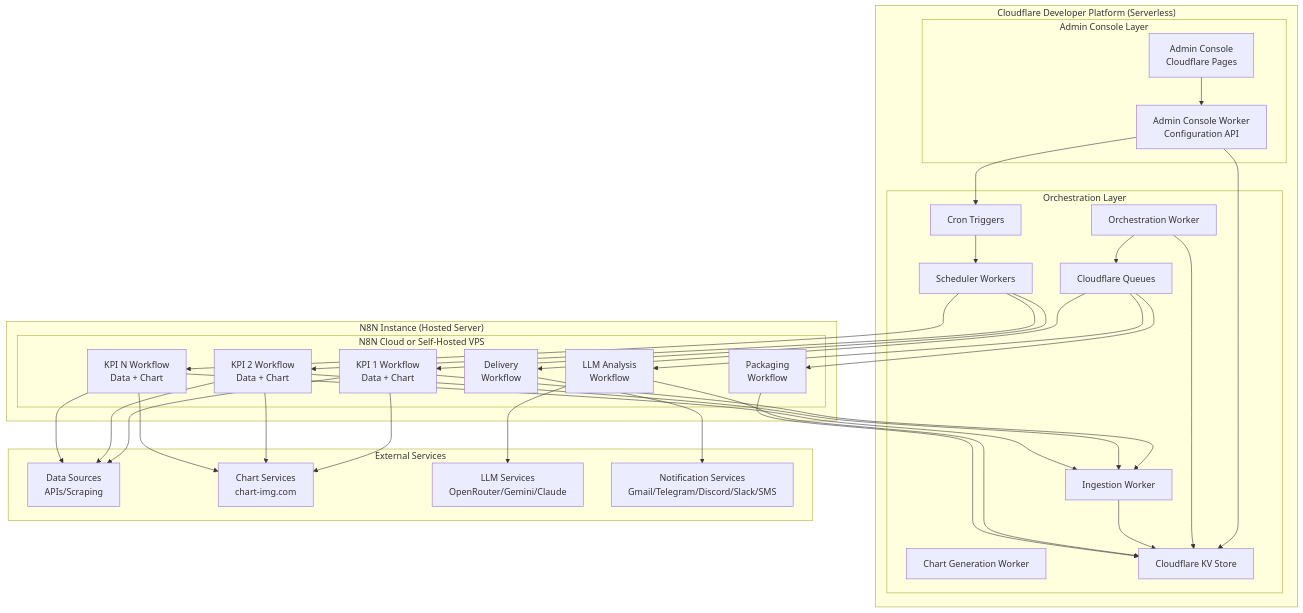
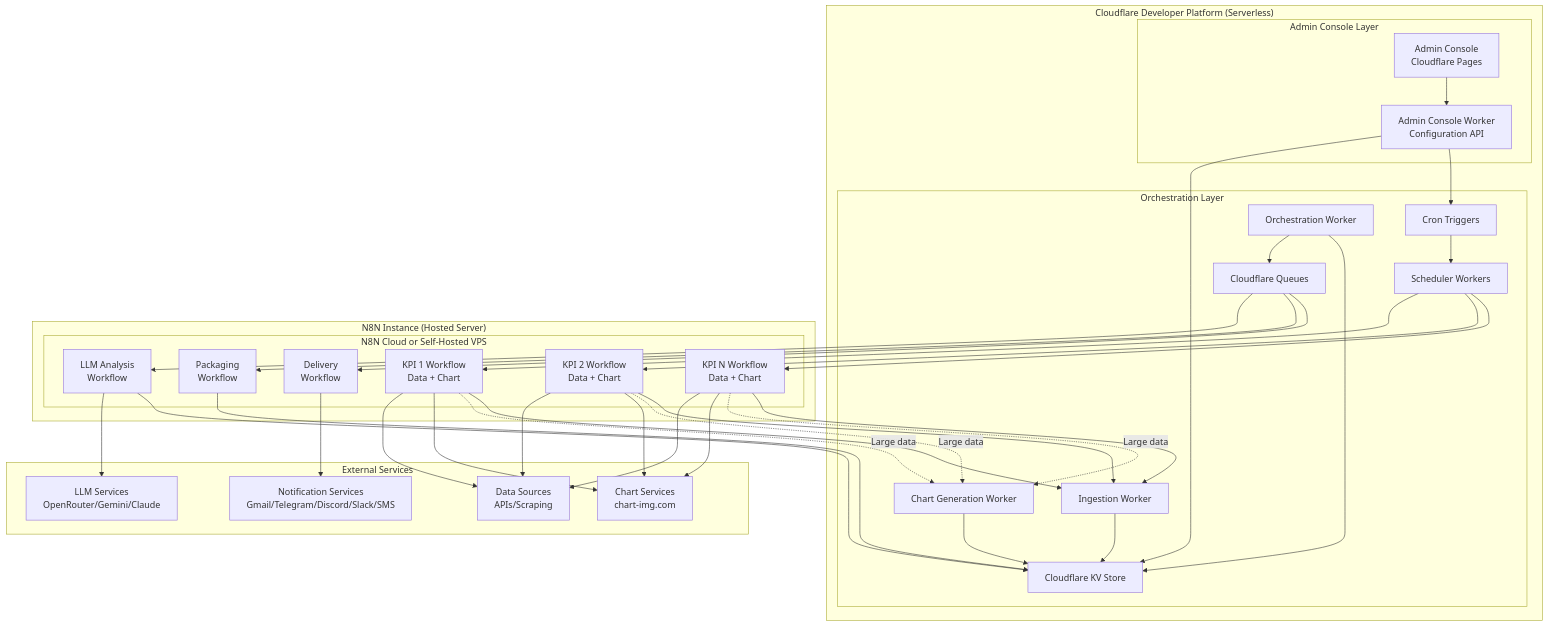
One commit to pohlipit23/metric_stream changed the first of 7 diagrams in .kiro/specs/metric_stream/design.md. Above: the diagram before and after it, drawn with Mermaid. The commit also changed other lines of this file, not shown here.

Commit message:
Document chart generation strategy

````diff
--- a/.kiro/specs/metric_stream/design.md
+++ b/.kiro/specs/metric_stream/design.md
@@ -13,64 +13,68 @@
 ```mermaid
 graph TB
     subgraph "Cloudflare Developer Platform (Serverless)"
         subgraph "Admin Console Layer"
             AC[Admin Console<br/>Cloudflare Pages]
             ACW[Admin Console Worker<br/>Configuration API]
         end
         
         subgraph "Orchestration Layer"
             CT[Cron Triggers]
             SW[Scheduler Workers]
             IW[Ingestion Worker]
             CW[Chart Generation Worker]
             OW[Orchestration Worker]
             CQ[Cloudflare Queues]
             KV[Cloudflare KV Store]
         end
     end
     
     subgraph "N8N Instance (Hosted Server)"
         subgraph "N8N Cloud or Self-Hosted VPS"
             KPI1[KPI 1 Workflow<br/>Data + Chart]
             KPI2[KPI 2 Workflow<br/>Data + Chart]
             KPIN[KPI N Workflow<br/>Data + Chart]
             LA[LLM Analysis<br/>Workflow]
             PK[Packaging<br/>Workflow]
             DL[Delivery<br/>Workflow]
         end
     end
     
     subgraph "External Services"
         DS[Data Sources<br/>APIs/Scraping]
         CS[Chart Services<br/>chart-img.com]
         LLM[LLM Services<br/>OpenRouter/Gemini/Claude]
         NC[Notification Services<br/>Gmail/Telegram/Discord/Slack/SMS]
     end
     
     AC --> ACW
     ACW --> KV
     ACW --> CT
     CT --> SW
     OW --> CQ
     OW --> KV
     SW --> KPI1
     SW --> KPI2
     SW --> KPIN
     CQ --> LA
     CQ --> PK
     CQ --> DL
     KPI1 --> DS
     KPI2 --> DS
     KPIN --> DS
     KPI1 --> CS
     KPI2 --> CS
     KPIN --> CS
+    KPI1 -.Large data.-> CW
+    KPI2 -.Large data.-> CW
+    KPIN -.Large data.-> CW
+    CW --> KV
     LA --> LLM
     DL --> NC
     KPI1 --> IW
     KPI2 --> IW
     KPIN --> IW
     IW --> KV
     LA --> KV
     PK --> KV
 ```
````
